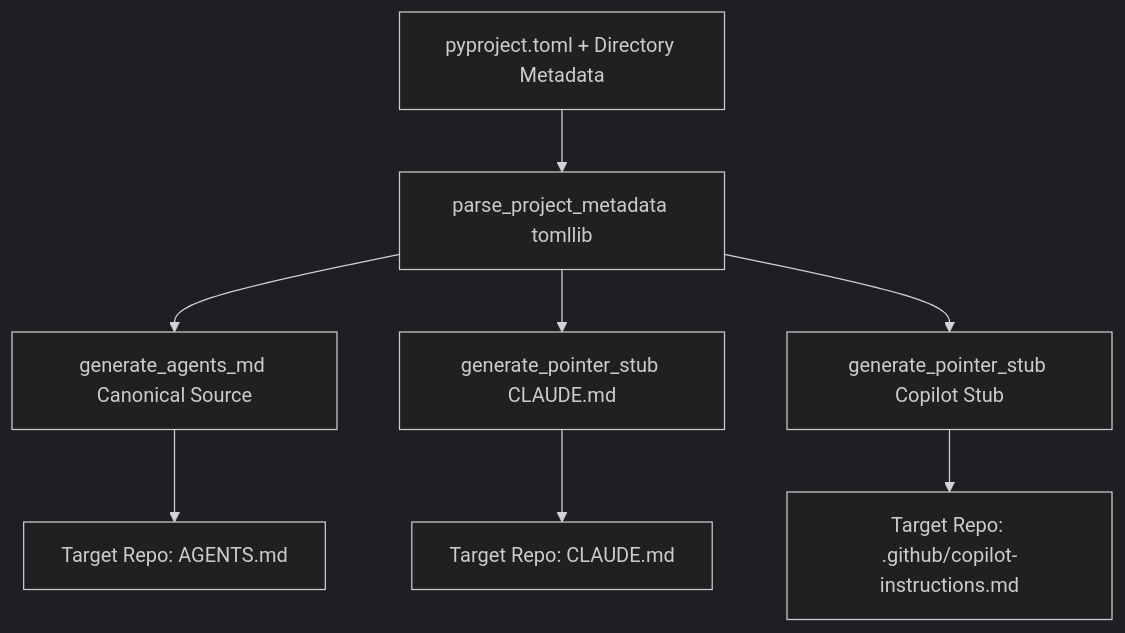
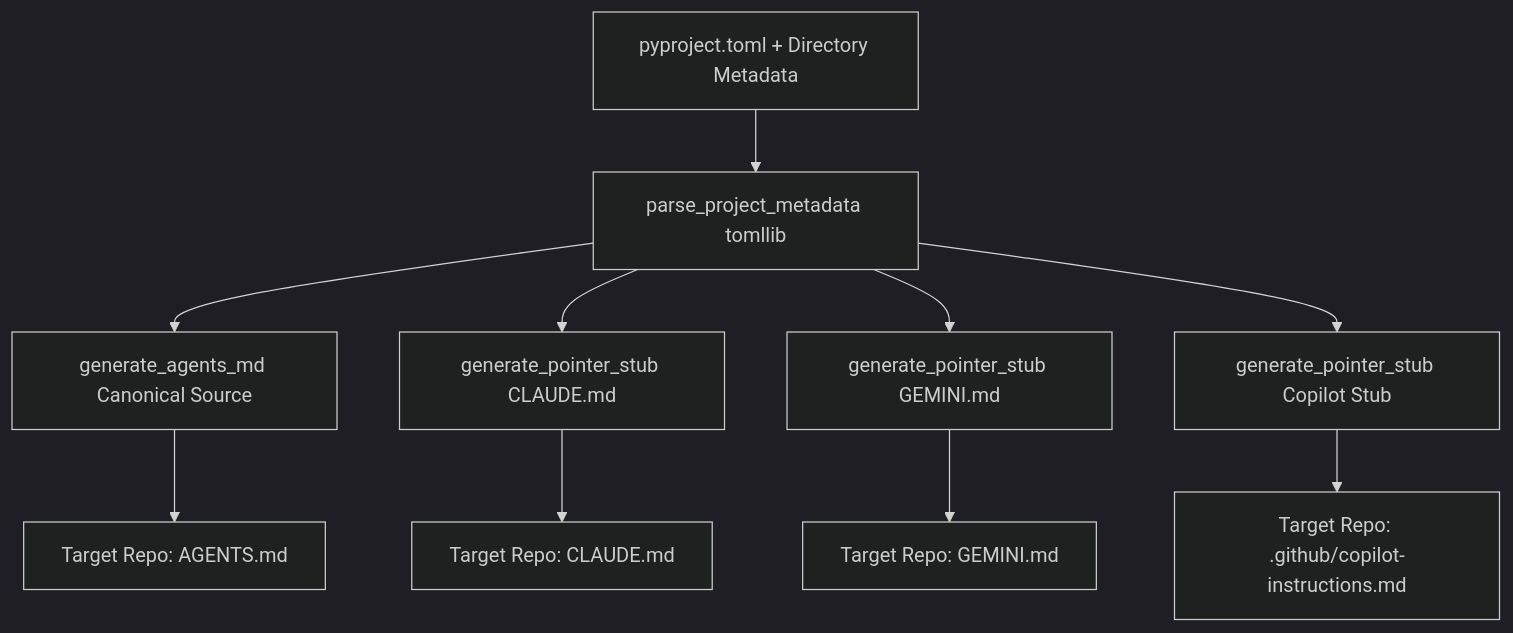
Before and after one commit to dan-petty/devops-cli: the diagram in src/devops_cli/ai/knowledge_base/devops_cli/tasks/agent_instructions_scaffolding.md, drawn with Mermaid (dark theme). The commit also changed other lines of this file and 21 other files, not shown here.

First line of the commit message:
feat(agents): generate a GEMINI.md pointer stub from one table of stubs

````diff
--- a/src/devops_cli/ai/knowledge_base/devops_cli/tasks/agent_instructions_scaffolding.md
+++ b/src/devops_cli/ai/knowledge_base/devops_cli/tasks/agent_instructions_scaffolding.md
@@ -11,10 +11,12 @@
 ```mermaid
 graph TD
     A[pyproject.toml + Directory Metadata] --> B[parse_project_metadata tomllib]
     B --> C[generate_agents_md Canonical Source]
     B --> D[generate_pointer_stub CLAUDE.md]
+    B --> I[generate_pointer_stub GEMINI.md]
     B --> E[generate_pointer_stub Copilot Stub]
     C --> F[Target Repo: AGENTS.md]
     D --> G[Target Repo: CLAUDE.md]
+    I --> J[Target Repo: GEMINI.md]
     E --> H[Target Repo: .github/copilot-instructions.md]
 ```
````
